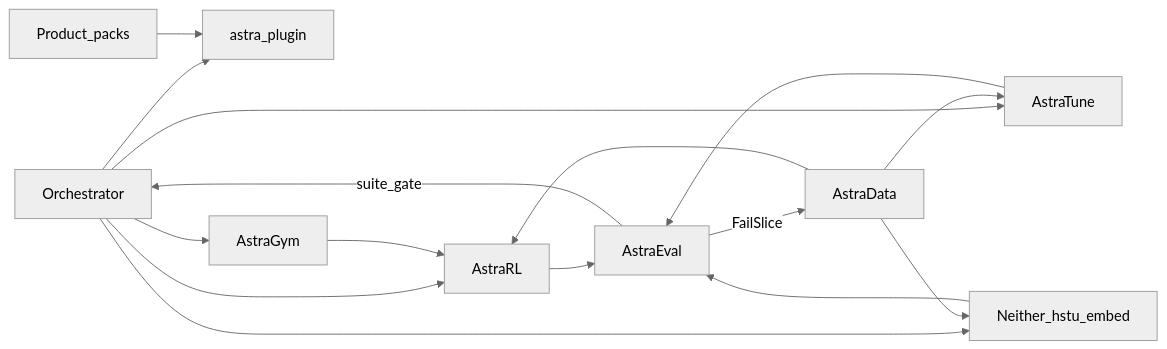
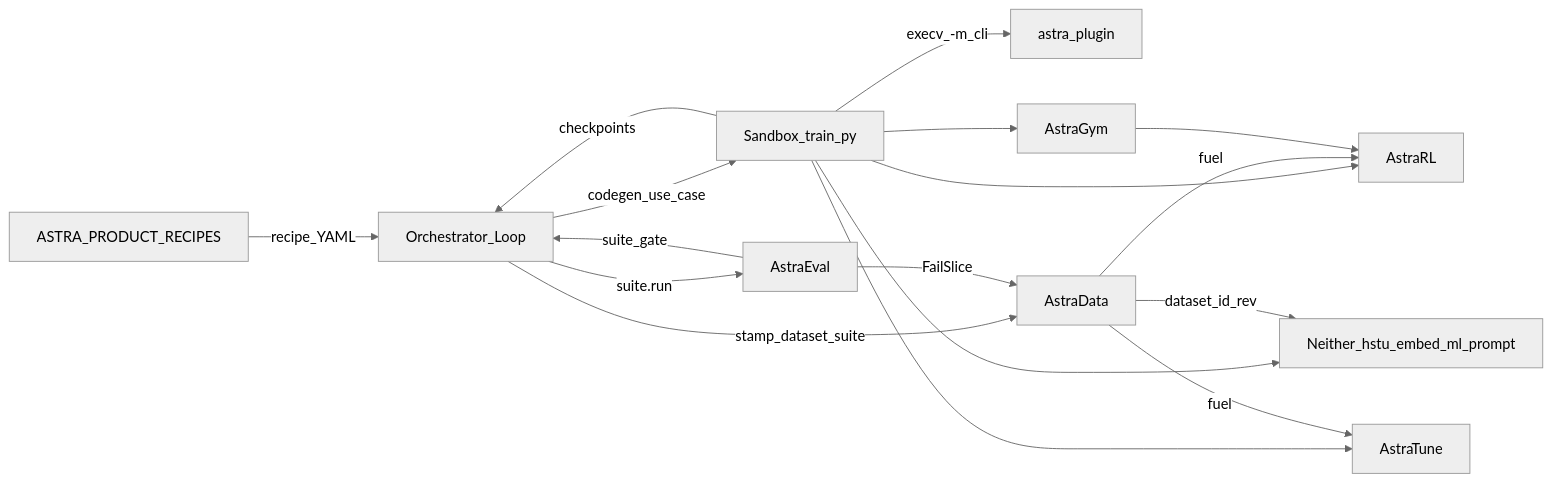
One commit to kewangpro/astra changed the second of 6 diagrams in docs/DESIGN.md. Above: the diagram before and after it, drawn with Mermaid (neutral theme). The commit also changed other lines of this file, not shown here.

First line of the commit message:
Align DESIGN Mermaid diagrams with the live Orchestrator stack.

````diff
--- a/docs/DESIGN.md
+++ b/docs/DESIGN.md
@@ -88,27 +87,30 @@
 ```mermaid
 flowchart LR
-  Orch[Orchestrator]
+  Orch[Orchestrator_Loop]
+  Sandbox[Sandbox_train_py]
   Plugin[astra_plugin]
-  Packs[Product_packs]
+  Packs[ASTRA_PRODUCT_RECIPES]
   Data[AstraData]
   Gym[AstraGym]
   RL[AstraRL]
   Tune[AstraTune]
+  Neither[Neither_hstu_embed_ml_prompt]
   Eval[AstraEval]
-  Neither[Neither_hstu_embed]
-  Orch --> Gym
-  Orch --> RL
-  Orch --> Tune
-  Orch --> Neither
-  Orch --> Plugin
-  Packs --> Plugin
-  Data --> RL
-  Data --> Tune
-  Data --> Neither
+
+  Packs -->|"recipe_YAML"| Orch
+  Orch -->|"stamp_dataset_suite"| Data
+  Orch -->|"codegen_use_case"| Sandbox
+  Sandbox --> Gym
+  Sandbox --> RL
+  Sandbox --> Tune
+  Sandbox --> Neither
+  Sandbox -->|"execv_-m_cli"| Plugin
+  Data -->|"dataset_id_rev"| Neither
+  Data -->|"fuel"| RL
+  Data -->|"fuel"| Tune
   Gym --> RL
-  RL --> Eval
-  Tune --> Eval
-  Neither --> Eval
+  Sandbox -->|"checkpoints"| Orch
+  Orch -->|"suite.run"| Eval
   Eval -->|"FailSlice"| Data
   Eval -->|"suite_gate"| Orch
 ```
````
